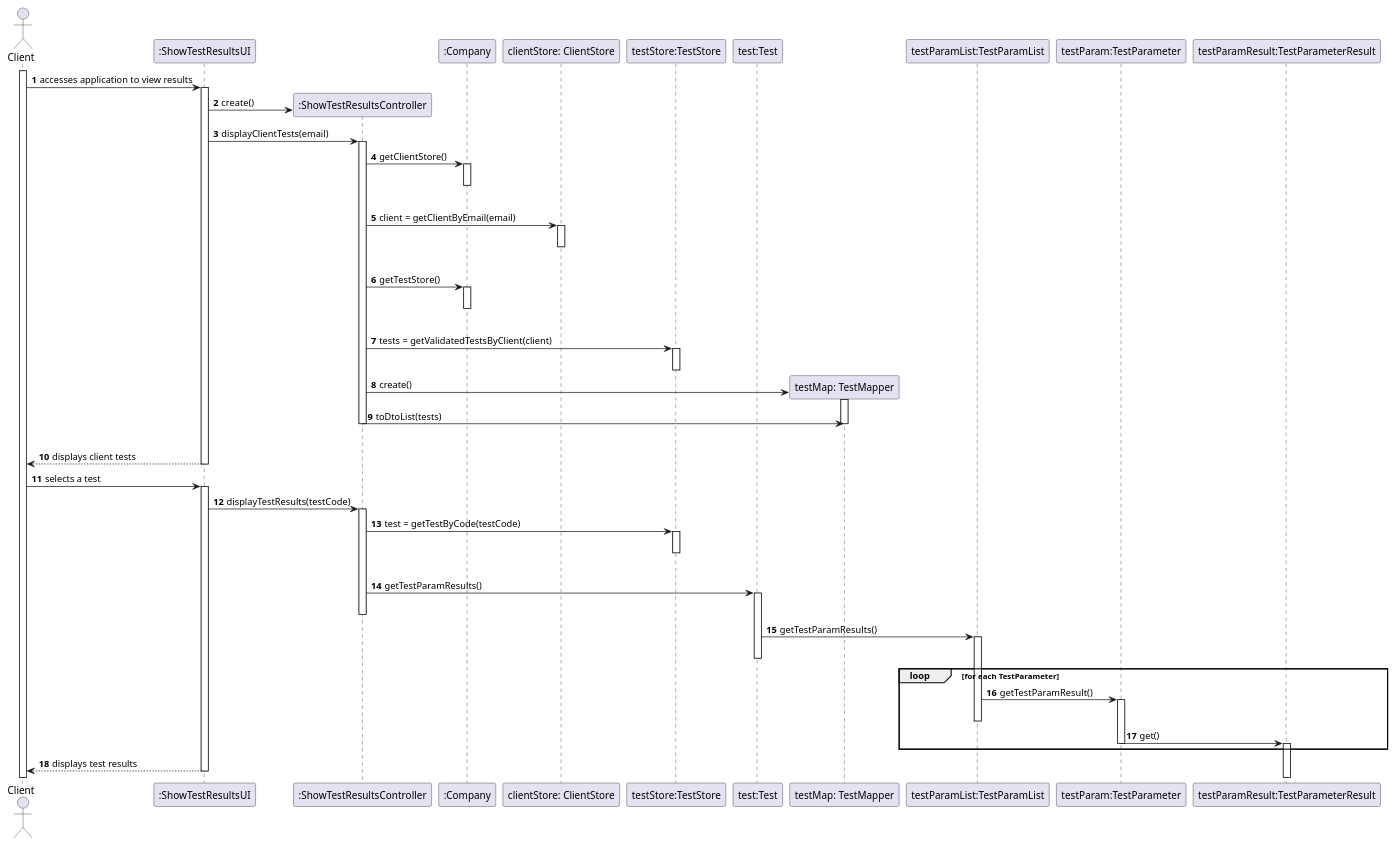
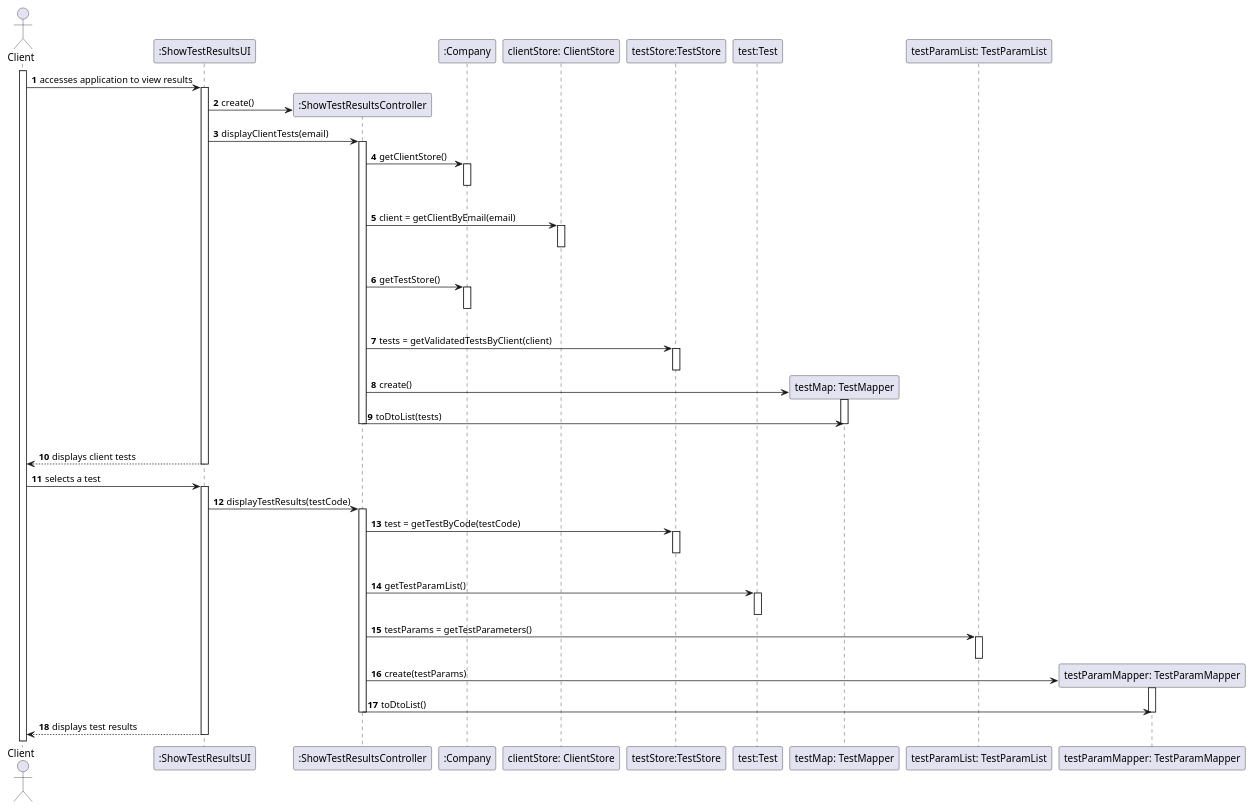
Before and after one commit to MadDinosaur/ISEP-LAPR2: the diagram in docs/SprintD/US1/US1_SD.puml, drawn with PlantUML. The commit also changed 5 other files, not shown here.

Commit message:
US1 - Added TestParameterDTO and TestParamMapper.

```diff
--- a/docs/SprintD/US1/US1_SD.puml
+++ b/docs/SprintD/US1/US1_SD.puml
@@ -1,73 +1,71 @@
 @startuml
 autonumber
 
 actor Client as cli
 participant ":ShowTestResultsUI" as ui
 participant ":ShowTestResultsController" as controller
 participant ":Company" as company
 participant "clientStore: ClientStore" as cstore
 participant "testStore:TestStore" as tstore
 participant "test:Test" as test
 participant "testMap: TestMapper" as tmap
-participant "testParamList:TestParamList" as testparamls
-participant "testParam:TestParameter" as testparam
-participant "testParamResult:TestParameterResult" as testparamres
+participant "testParamList: TestParamList" as testparamls
+participant "testParamMapper: TestParamMapper" as tpmap
 
 activate cli
 cli -> ui : accesses application to view results
 activate ui
 create controller
 ui -> controller : create()
 ui -> controller : displayClientTests(email)
 activate controller
 controller -> company : getClientStore()
 activate company
 |||
 deactivate company
 controller -> cstore : client = getClientByEmail(email)
 activate cstore
 |||
 deactivate cstore
 controller -> company : getTestStore()
 activate company
 |||
 deactivate company
 controller -> tstore : tests = getValidatedTestsByClient(client)
 activate tstore
 deactivate tstore
 create tmap
 controller -> tmap : create()
 activate tmap
 controller -> tmap : toDtoList(tests)
 deactivate tmap
 |||
 deactivate tstore
 deactivate controller
 ui --> cli : displays client tests
 deactivate ui
 cli -> ui : selects a test
 activate ui
 ui -> controller : displayTestResults(testCode)
 activate controller
 controller -> tstore : test = getTestByCode(testCode)
 activate tstore
 |||
 deactivate tstore
-controller -> test : getTestParamResults()
+controller -> test : getTestParamList()
 activate test
+deactivate test
+controller -> testparamls : testParams = getTestParameters()
+activate testparamls
+deactivate testparamls
+create tpmap
+controller -> tpmap : create(testParams)
+activate tpmap
+controller -> tpmap : toDtoList()
+deactivate tpmap
+
 deactivate controller
-test -> testparamls : getTestParamResults()
-activate testparamls
-deactivate test
-loop for each TestParameter
-testparamls -> testparam : getTestParamResult()
-activate testparam
-deactivate testparamls
-testparam -> testparamres : get()
-deactivate testparam
-activate testparamres
-deactivate testparamres
-end loop
+
 ui --> cli : displays test results
 deactivate ui
 @enduml
```
